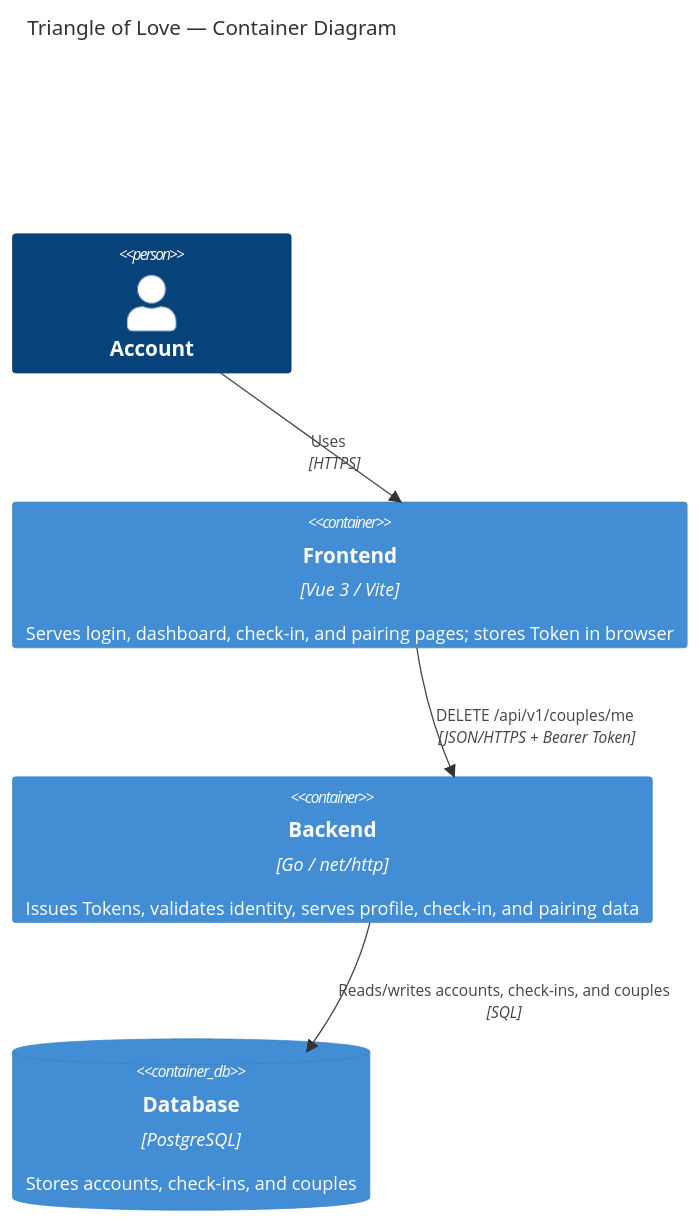
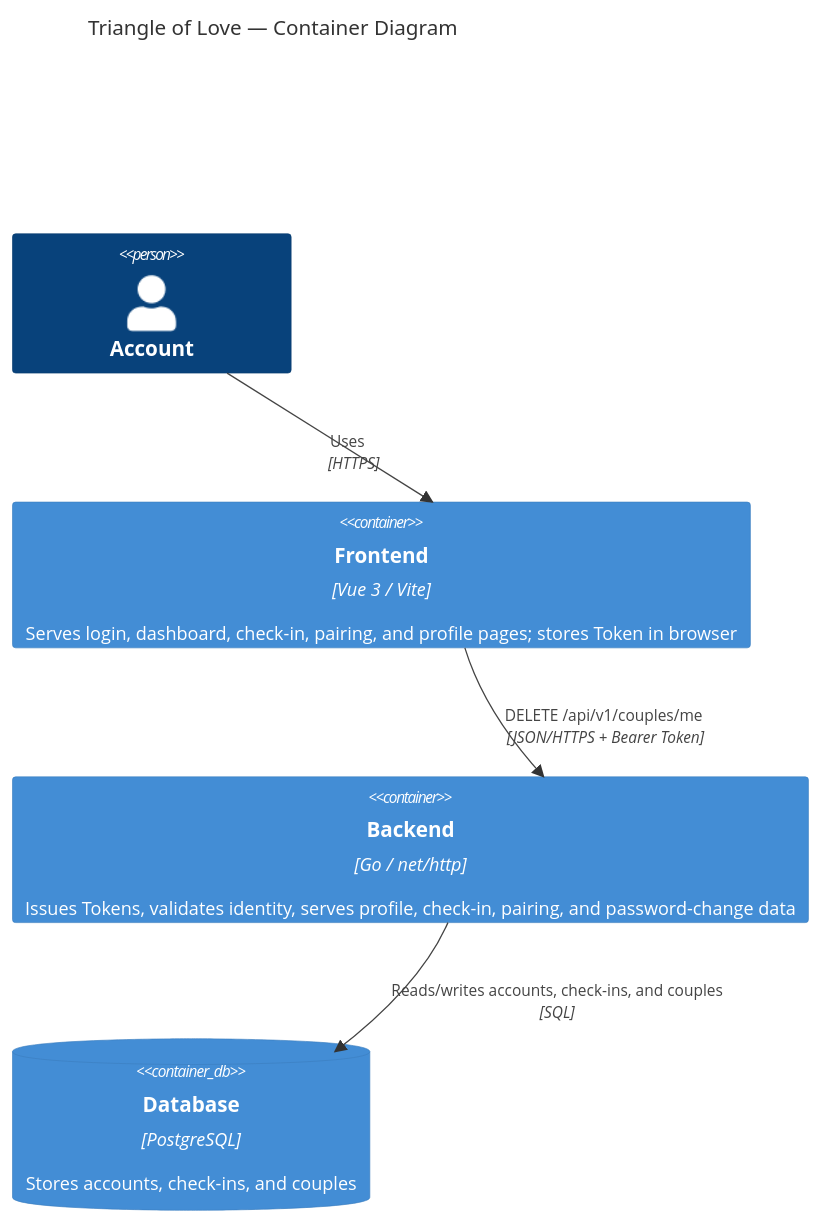
Before and after one commit to co0p/triangleoflove: the second of 3 diagrams in docs/architecture.md, drawn with Mermaid. The commit also changed other lines of this file and 17 other files, not shown here.

Commit message:
feat: profile page — change password, logout, email display

````diff
--- a/docs/architecture.md
+++ b/docs/architecture.md
@@ -15,19 +15,20 @@
 ```mermaid
 C4Container
     title Triangle of Love — Container Diagram
     Person(account, "Account")
-    Container(frontend, "Frontend", "Vue 3 / Vite", "Serves login, dashboard, check-in, and pairing pages; stores Token in browser")
-    Container(backend, "Backend", "Go / net/http", "Issues Tokens, validates identity, serves profile, check-in, and pairing data")
+    Container(frontend, "Frontend", "Vue 3 / Vite", "Serves login, dashboard, check-in, pairing, and profile pages; stores Token in browser")
+    Container(backend, "Backend", "Go / net/http", "Issues Tokens, validates identity, serves profile, check-in, pairing, and password-change data")
     ContainerDb(db, "Database", "PostgreSQL", "Stores accounts, check-ins, and couples")
     Rel(account, frontend, "Uses", "HTTPS")
     Rel(frontend, backend, "POST /api/v1/auth/login", "JSON/HTTPS")
+    Rel(frontend, backend, "PUT /api/v1/auth/password", "JSON/HTTPS + Bearer Token")
     Rel(frontend, backend, "GET /api/v1/users/me", "JSON/HTTPS + Bearer Token")
     Rel(frontend, backend, "GET /api/v1/checkins/today", "JSON/HTTPS + Bearer Token")
     Rel(frontend, backend, "PUT /api/v1/checkins/today", "JSON/HTTPS + Bearer Token")
     Rel(frontend, backend, "GET /api/v1/pairing", "JSON/HTTPS + Bearer Token")
     Rel(frontend, backend, "POST /api/v1/pairing/regenerate", "JSON/HTTPS + Bearer Token")
     Rel(frontend, backend, "POST /api/v1/pairing/connect", "JSON/HTTPS + Bearer Token")
     Rel(frontend, backend, "GET /api/v1/couples/me", "JSON/HTTPS + Bearer Token")
     Rel(frontend, backend, "DELETE /api/v1/couples/me", "JSON/HTTPS + Bearer Token")
     Rel(backend, db, "Reads/writes accounts, check-ins, and couples", "SQL")
 ```
````
